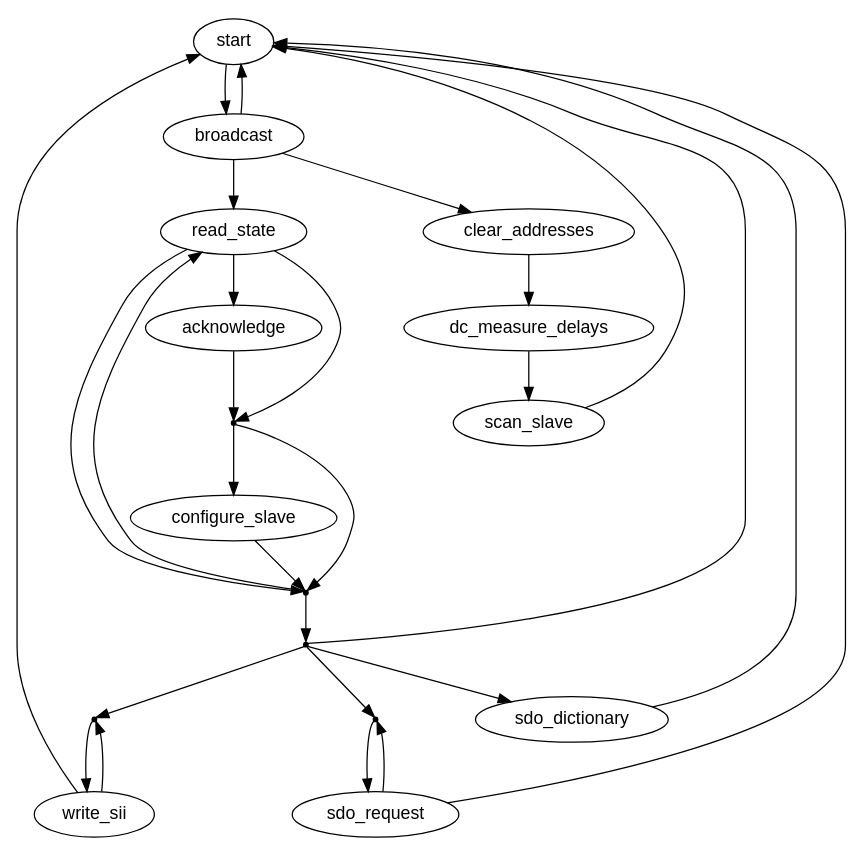
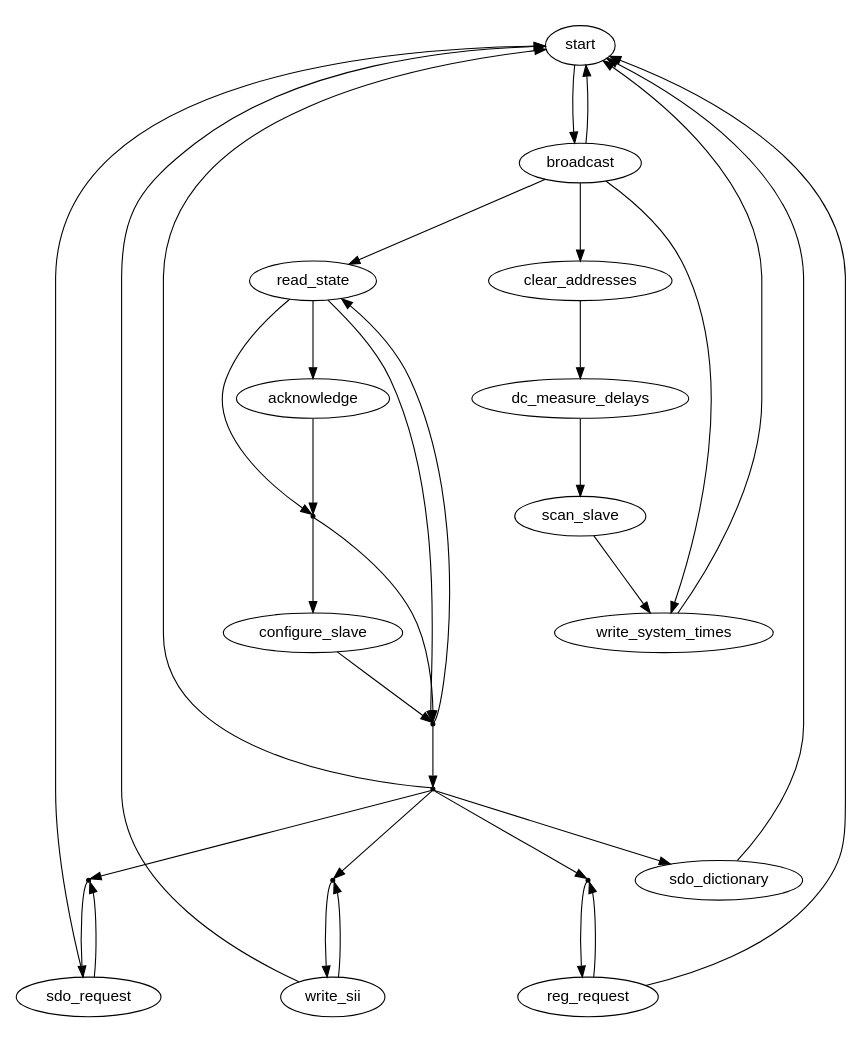
The diagram in documentation/graphs/fsm_master.dot (klauer/etherlabmaster), drawn with Graphviz before and after one commit. The commit also changed 33 other files, not shown here.

```diff
--- a/documentation/graphs/fsm_master.dot
+++ b/documentation/graphs/fsm_master.dot
@@ -1,67 +1,67 @@
 
 /* $Id$ */
 
 digraph master {
     size="7,9"
     center=1
     ratio=fill
+    node [fontname="Helvetica"]
 
-    start [fontname="Helvetica"]
     start -> broadcast [weight=10]
 
-    broadcast [fontname="Helvetica"]
     broadcast -> start
     broadcast -> clear_addresses
-    broadcast -> read_state [weight=10]
+    broadcast -> read_state
+    broadcast -> write_system_times
 
     action_process_sii [shape=point,label=""]
     action_process_sii -> write_sii
 
     action_process_sdo [shape=point,label=""]
     action_process_sdo -> sdo_request
 
+    action_process_register [shape=point,label=""]
+    action_process_register -> reg_request
+
     action_idle [shape=point,label=""]
     action_idle -> action_process_sdo
     action_idle -> sdo_dictionary
     action_idle -> action_process_sii
+    action_idle -> action_process_register
     action_idle -> start
 
     action_next_slave_state [shape=point,label=""]
     action_next_slave_state -> read_state
     action_next_slave_state -> action_idle [weight=10]
     
     action_configure [shape=point,label=""]
     action_configure -> configure_slave [weight=10]
     action_configure -> action_next_slave_state
 
-    read_state [fontname="Helvetica"]
     read_state -> acknowledge [weight=10]
     read_state -> action_configure
     read_state -> action_next_slave_state
 
-    acknowledge [fontname="Helvetica"]
     acknowledge -> action_configure [weight=10]
 
-    clear_addresses [fontname="Helvetica"]
     clear_addresses -> dc_measure_delays [weight=10]
 
-    dc_measure_delays [fontname="Helvetica"]
     dc_measure_delays -> scan_slave [weight=10]
 
-    scan_slave [fontname="Helvetica"]
-    scan_slave -> start
+    scan_slave -> write_system_times
 
-    configure_slave [fontname="Helvetica"]
+    write_system_times -> start
+
     configure_slave -> action_next_slave_state
 
-    write_sii [fontname="Helvetica"]
     write_sii -> action_process_sii
     write_sii -> start
 
-    sdo_dictionary [fontname="Helvetica"]
     sdo_dictionary -> start
 
-    sdo_request [fontname="Helvetica"]
     sdo_request -> action_process_sdo
     sdo_request -> start
+
+    reg_request -> action_process_register
+    reg_request -> start
 }
```
